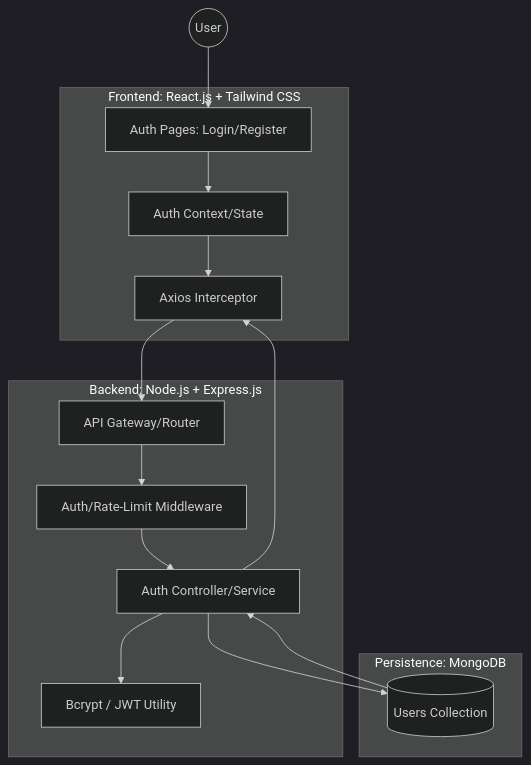
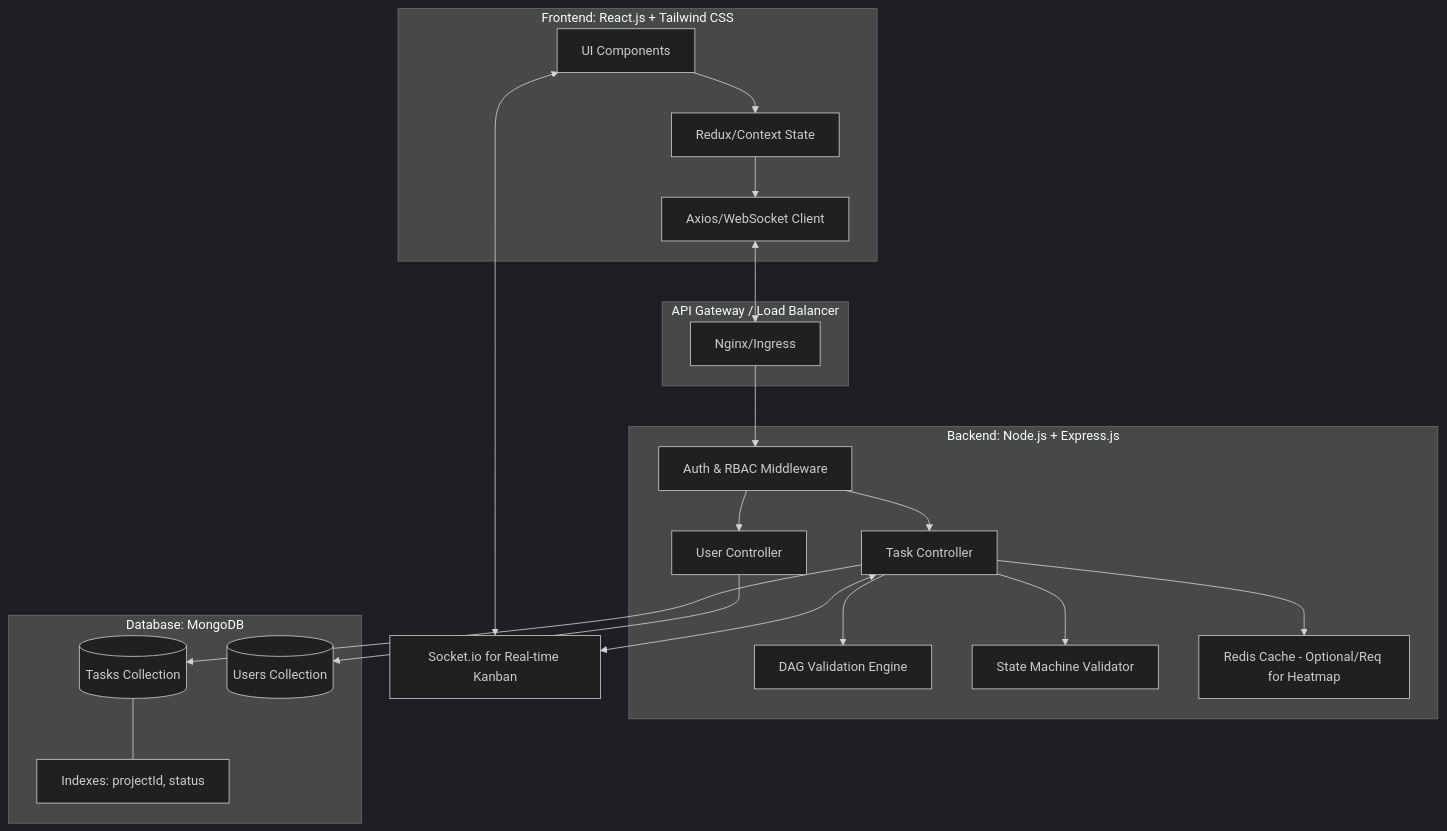
One commit to madhumitha-r26/SoftwareUnit_CrewAI changed the diagram in output/documentation/03_architecture.md. Above: the diagram before and after it, drawn with Mermaid (dark theme). The commit also changed other lines of this file and 29 other files, not shown here.

````diff
--- a/output/documentation/03_architecture.md
+++ b/output/documentation/03_architecture.md
@@ -13,32 +7,30 @@
 ```mermaid
 graph TD
-    User((User))
-    
-    subgraph Frontend [Frontend: React.js + Tailwind CSS]
-        UI[Auth Pages: Login/Register]
-        State[Auth Context/State]
-        APIClient[Axios Interceptor]
+    subgraph Client_Layer [Frontend: React.js + Tailwind CSS]
+        UI[UI Components] --> State[Redux/Context State]
+        State --> API_Client[Axios/WebSocket Client]
     end
 
-    subgraph Backend [Backend: Node.js + Express.js]
-        Router[API Gateway/Router]
-        Middleware[Auth/Rate-Limit Middleware]
-        Logic[Auth Controller/Service]
-        Security[Bcrypt / JWT Utility]
+    subgraph Gateway_Layer [API Gateway / Load Balancer]
+        LB[Nginx/Ingress]
     end
 
-    subgraph Database [Persistence: MongoDB]
-        UserColl[(Users Collection)]
+    subgraph Logic_Layer [Backend: Node.js + Express.js]
+        LB --> AuthMW[Auth & RBAC Middleware]
+        AuthMW --> TaskCtrl[Task Controller]
+        AuthMW --> UserCtrl[User Controller]
+        TaskCtrl --> DAG_Engine[DAG Validation Engine]
+        TaskCtrl --> StateMachine[State Machine Validator]
+        TaskCtrl --> Cache[Redis Cache - Optional/Req for Heatmap]
     end
 
-    User --> UI
-    UI --> State
-    State --> APIClient
-    APIClient --> Router
-    Router --> Middleware
-    Middleware --> Logic
-    Logic --> Security
-    Logic --> UserColl
-    UserColl --> Logic
-    Logic --> APIClient
+    subgraph Persistence_Layer [Database: MongoDB]
+        TaskCtrl --> TaskDB[(Tasks Collection)]
+        UserCtrl --> UserDB[(Users Collection)]
+        TaskDB --- Indexes[Indexes: projectId, status]
+    end
+
+    API_Client <--> LB
+    TaskCtrl <--> Socket[Socket.io for Real-time Kanban]
+    Socket <--> UI
 ```
````
